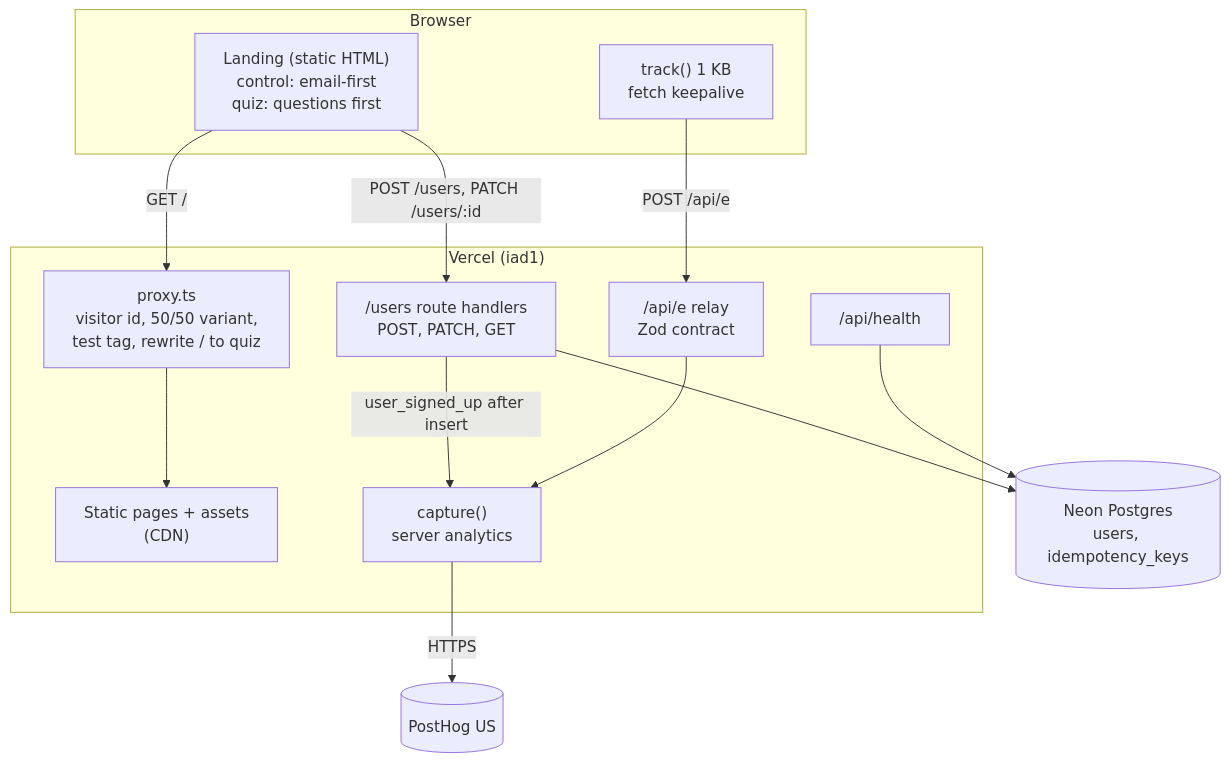
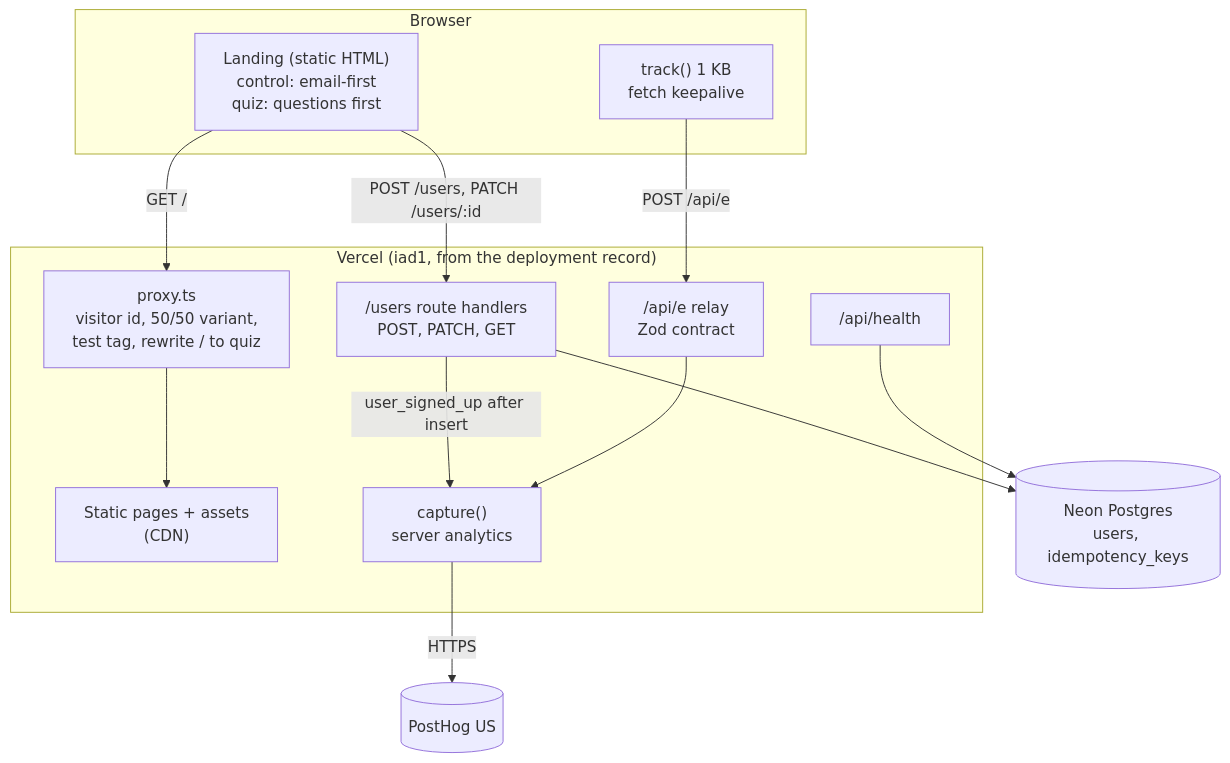
Before and after one commit to Alinnovatri/FX-Replay-Challenge: the diagram in docs/ARCHITECTURE.md, drawn with Mermaid. The commit also changed other lines of this file and 4 other files, not shown here.

````diff
--- a/docs/ARCHITECTURE.md
+++ b/docs/ARCHITECTURE.md
@@ -9,25 +9,25 @@
 ```mermaid
 flowchart TB
   subgraph Browser
     L["Landing (static HTML)\ncontrol: email-first\nquiz: questions first"]
     T["track() 1 KB\nfetch keepalive"]
   end
-  subgraph Vercel["Vercel (iad1)"]
+  subgraph Vercel["Vercel (iad1, from the deployment record)"]
     P["proxy.ts\nvisitor id, 50/50 variant,\ntest tag, rewrite / to quiz"]
     S["Static pages + assets\n(CDN)"]
     U["/users route handlers\nPOST, PATCH, GET"]
     E["/api/e relay\nZod contract"]
     H["/api/health"]
     A["capture()\nserver analytics"]
   end
   N[("Neon Postgres\nusers, idempotency_keys")]
   PH[("PostHog US")]
   L -->|GET /| P --> S
   L -->|POST /users, PATCH /users/:id| U
   T -->|POST /api/e| E
   U --> N
   H --> N
   U -->|user_signed_up after insert| A
   E --> A
   A -->|HTTPS| PH
 ```
````
